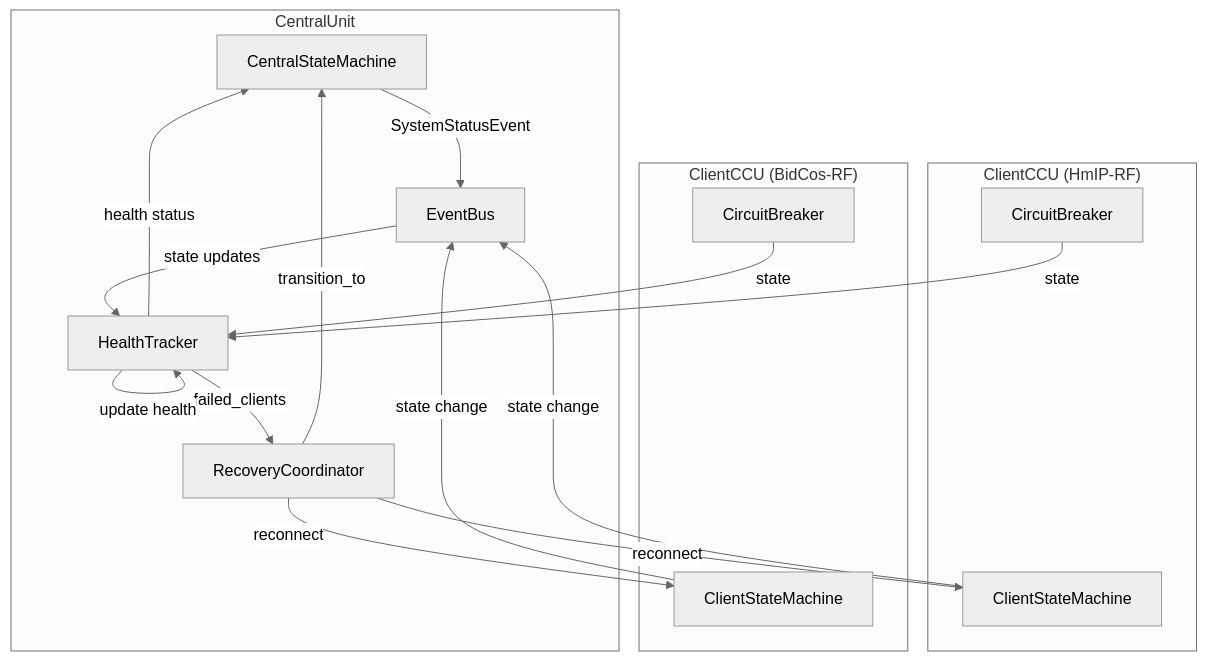
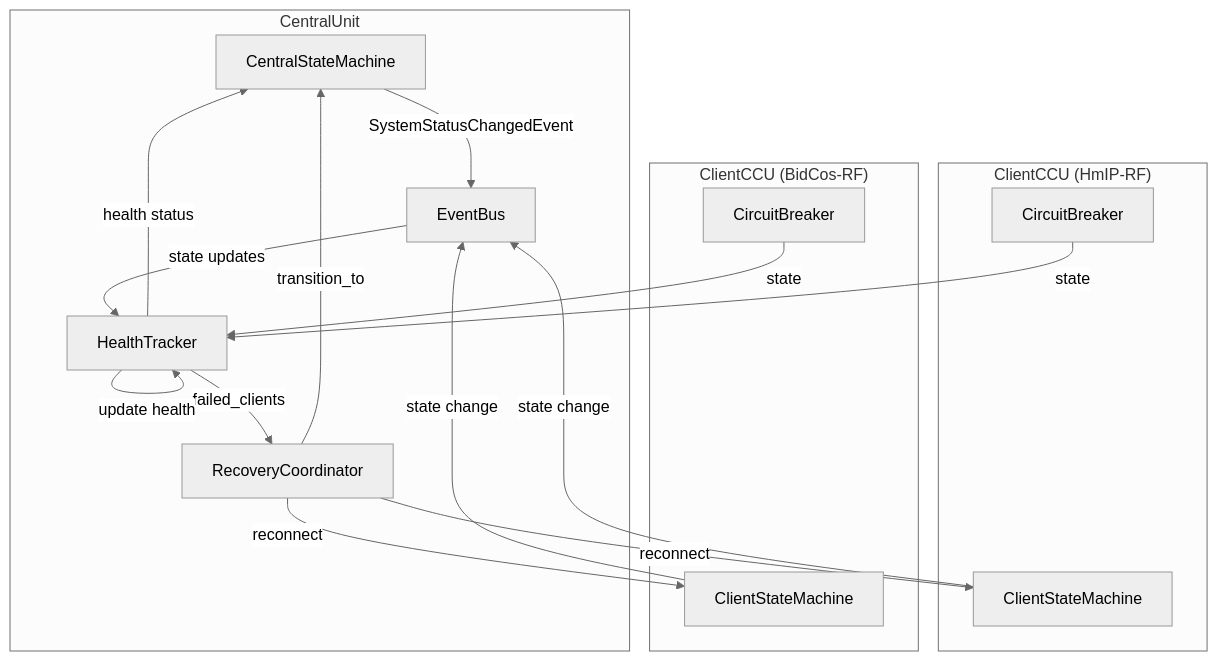
Before and after one commit to SukramJ/aiohomematic: diagram 16 of 16 in docs/sequence_diagrams.md, drawn with Mermaid (neutral theme). The commit also changed other lines of this file and 42 other files, not shown here.

````diff
--- a/docs/sequence_diagrams.md
+++ b/docs/sequence_diagrams.md
@@ -1173,35 +1173,35 @@
 ```mermaid
 flowchart TB
     subgraph Central["CentralUnit"]
         CSM[CentralStateMachine]
         HT[HealthTracker]
         RC[RecoveryCoordinator]
         EB[EventBus]
     end
 
     subgraph Client1["ClientCCU (HmIP-RF)"]
         SM1[ClientStateMachine]
         CB1[CircuitBreaker]
     end
 
     subgraph Client2["ClientCCU (BidCos-RF)"]
         SM2[ClientStateMachine]
         CB2[CircuitBreaker]
     end
 
     SM1 -->|state change| EB
     SM2 -->|state change| EB
     CB1 -->|state| HT
     CB2 -->|state| HT
 
     HT -->|health status| CSM
     HT -->|failed_clients| RC
     RC -->|transition_to| CSM
-    CSM -->|SystemStatusEvent| EB
+    CSM -->|SystemStatusChangedEvent| EB
 
     EB -->|state updates| HT
     HT -->|update health| HT
 
     RC -->|reconnect| SM1
     RC -->|reconnect| SM2
 ```
````
